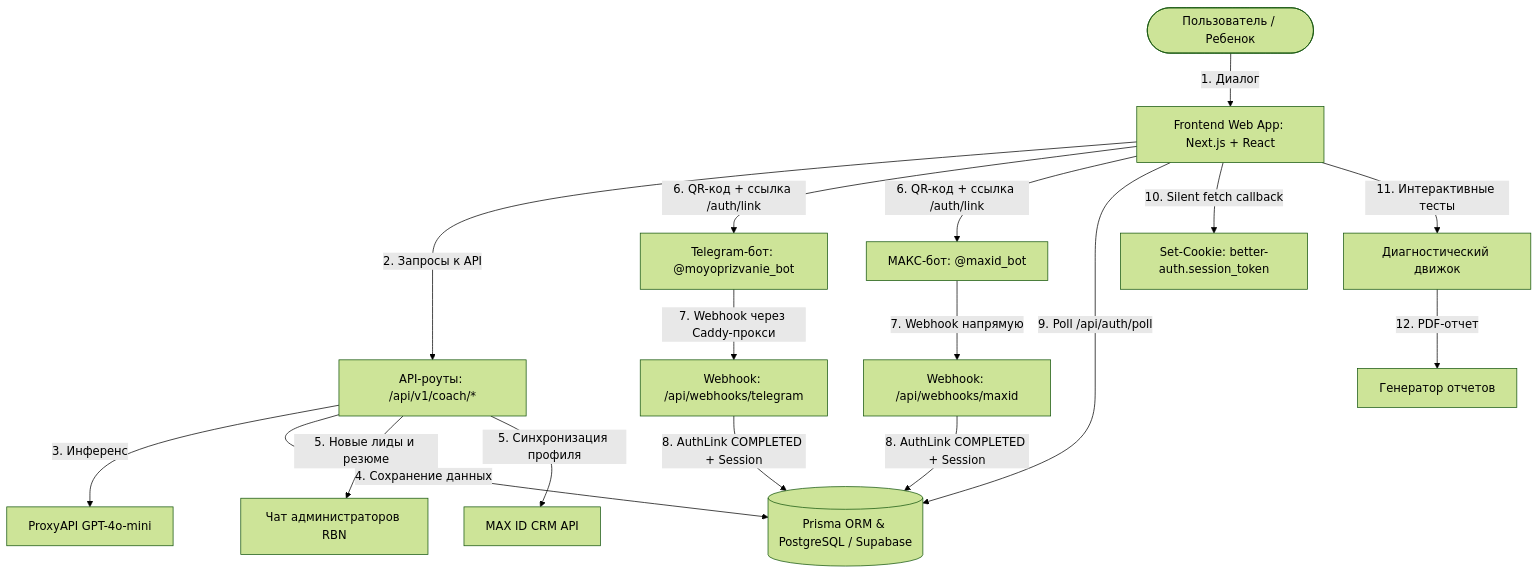
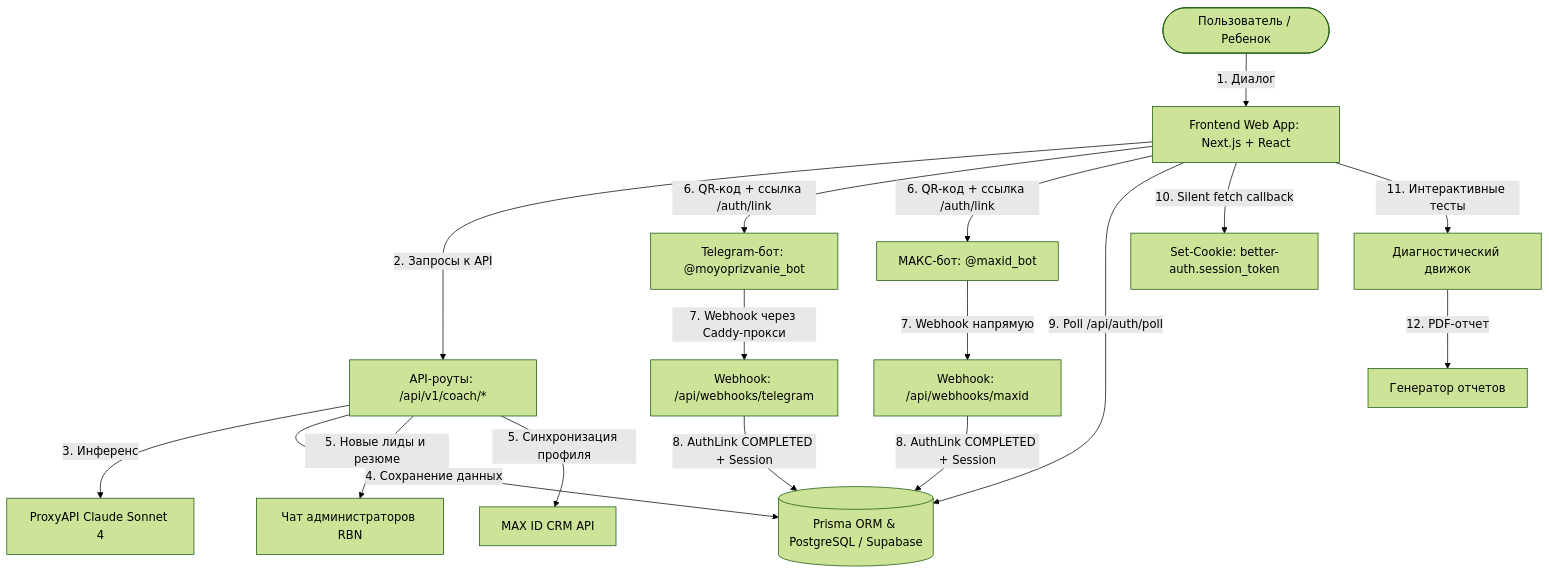
One commit to synthosaicreativestudio-maker/mycalling changed the first of 3 diagrams in docs/01-system-architecture.md. Above: the diagram before and after it, drawn with Mermaid (forest theme). The commit also changed other lines of this file and 13 other files, not shown here.

````diff
--- a/docs/01-system-architecture.md
+++ b/docs/01-system-architecture.md
@@ -9,31 +9,31 @@
 ```mermaid
 graph TD
     User(["Пользователь / Ребенок"]) -->|1. Диалог| WebUI["Frontend Web App: Next.js + React"]
     WebUI -->|2. Запросы к API| CoachAPI["API-роуты: /api/v1/coach/*"]
-    CoachAPI -->|3. Инференс| ProxyAPI["ProxyAPI GPT-4o-mini"]
+    CoachAPI -->|3. Инференс| ProxyAPI["ProxyAPI Claude Sonnet 4"]
     CoachAPI -->|4. Сохранение данных| Prisma[("Prisma ORM & PostgreSQL / Supabase")]
     
     %% Интеграционные потоки %%
     CoachAPI -->|5. Новые лиды и резюме| TG_Admin["Чат администраторов RBN"]
     CoachAPI -->|5. Синхронизация профиля| MAXID_CRM["MAX ID CRM API"]
     
     %% Авторизация через ботов %%
     WebUI -->|6. QR-код + ссылка /auth/link| TG_Bot["Telegram-бот: @moyoprizvanie_bot"]
     WebUI -->|6. QR-код + ссылка /auth/link| MAX_Bot["МАКС-бот: @maxid_bot"]
     
     %% Обработка вебхуков %%
     TG_Bot -->|7. Webhook через Caddy-прокси| TG_Webhook["Webhook: /api/webhooks/telegram"]
     MAX_Bot -->|7. Webhook напрямую| MAX_Webhook["Webhook: /api/webhooks/maxid"]
     
     %% Callback авторизации %%
     TG_Webhook -->|8. AuthLink COMPLETED + Session| Prisma
     MAX_Webhook -->|8. AuthLink COMPLETED + Session| Prisma
     
     %% Поллинг и cookie %%
     WebUI -->|9. Poll /api/auth/poll| Prisma
     WebUI -->|10. Silent fetch callback| CookieSet["Set-Cookie: better-auth.session_token"]
     
     %% Переход к тестированию %%
     WebUI -->|11. Интерактивные тесты| Diagnostic["Диагностический движок"]
     Diagnostic -->|12. PDF-отчет| PDFGen["Генератор отчетов"]
 ```
````
